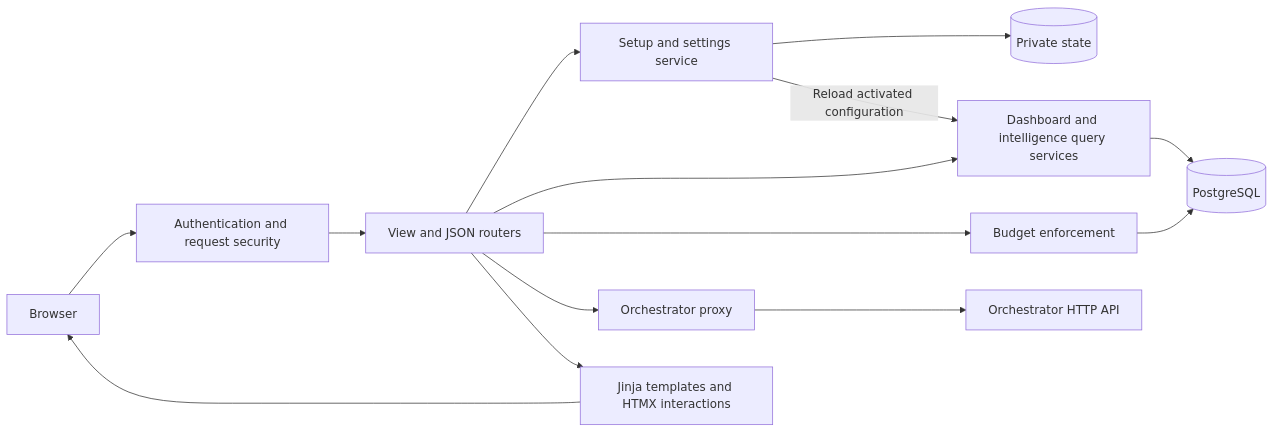
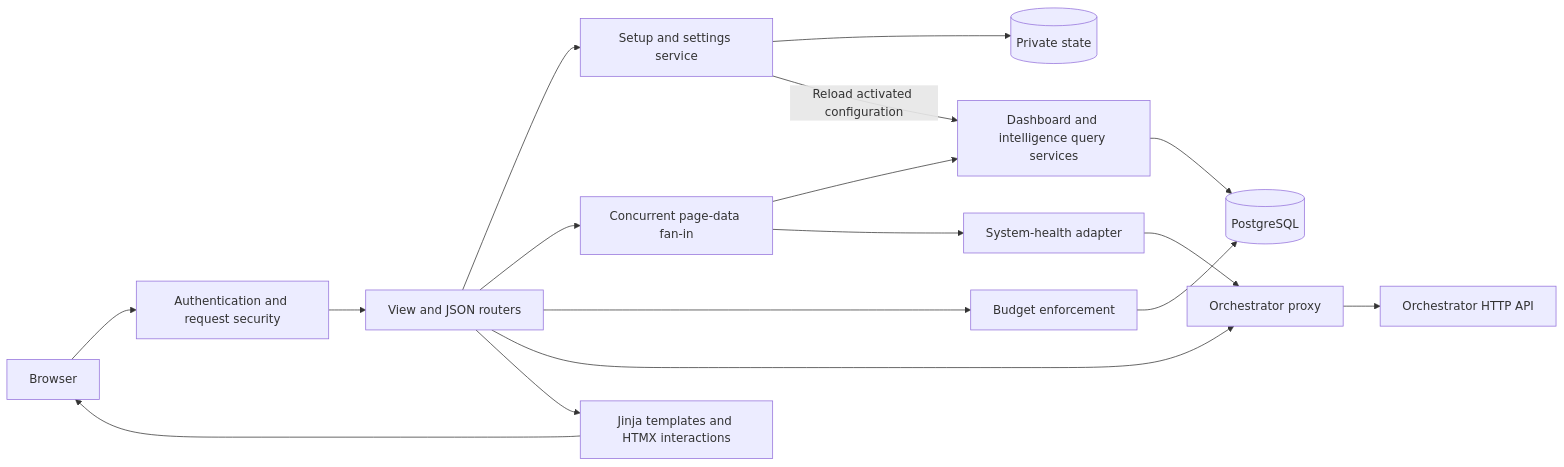
The third of 7 diagrams in docs/architecture/c4-model.md (cpu23/trading-data-platform), drawn with Mermaid before and after one commit. The commit also changed other lines of this file and 8 other files, not shown here.

````diff
--- a/docs/architecture/c4-model.md
+++ b/docs/architecture/c4-model.md
@@ -94,26 +94,31 @@
 ```mermaid
 flowchart LR
     Browser["Browser"]
     Routes["View and JSON routers"]
     Auth["Authentication and request security"]
     Setup["Setup and settings service"]
     Queries["Dashboard and intelligence query services"]
     Budget["Budget enforcement"]
     Proxy["Orchestrator proxy"]
+    Fanout["Concurrent page-data fan-in"]
+    Health["System-health adapter"]
     Templates["Jinja templates and HTMX interactions"]
     DB[("PostgreSQL")]
     State[("Private state")]
     Orch["Orchestrator HTTP API"]
 
     Browser --> Auth --> Routes
     Routes --> Setup
-    Routes --> Queries
+    Routes --> Fanout
+    Fanout --> Queries
+    Fanout --> Health
     Routes --> Budget
     Routes --> Proxy
+    Health --> Proxy
     Routes --> Templates --> Browser
     Setup --> State
     Setup -->|"Reload activated configuration"| Queries
     Queries --> DB
     Budget --> DB
     Proxy --> Orch
 ```
````
